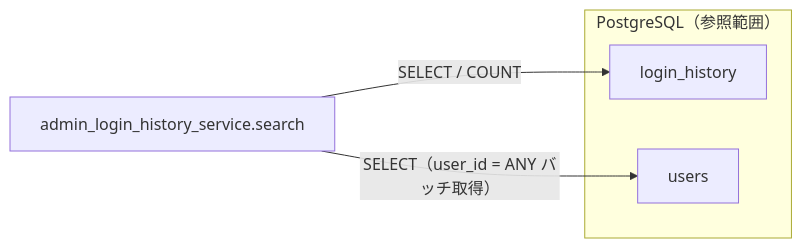
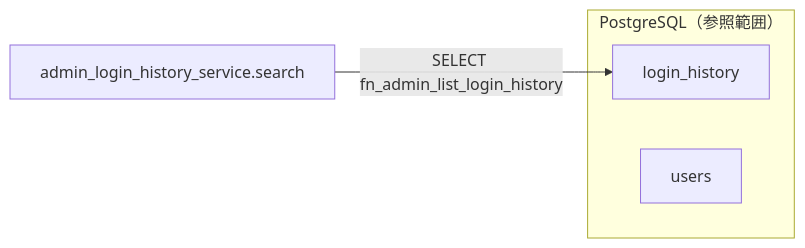
Before and after one commit to oikawa-d/task_management: the fourth of 4 diagrams in detailed_design/api/admin/07_get_admin_login_history.md, drawn with Mermaid. The commit also changed other lines of this file and 58 other files, not shown here.

````diff
--- a/detailed_design/api/admin/07_get_admin_login_history.md
+++ b/detailed_design/api/admin/07_get_admin_login_history.md
@@ -222,9 +222,8 @@
 ```mermaid
 flowchart LR
     subgraph PG["PostgreSQL（参照範囲）"]
         T1["login_history"]
         T2["users"]
     end
-    S["admin_login_history_service.search"] -->|"SELECT / COUNT"| T1
-    S -->|"SELECT（user_id = ANY バッチ取得）"| T2
+    S["admin_login_history_service.search"] -->|"SELECT fn_admin_list_login_history"| T1
 ```
````
